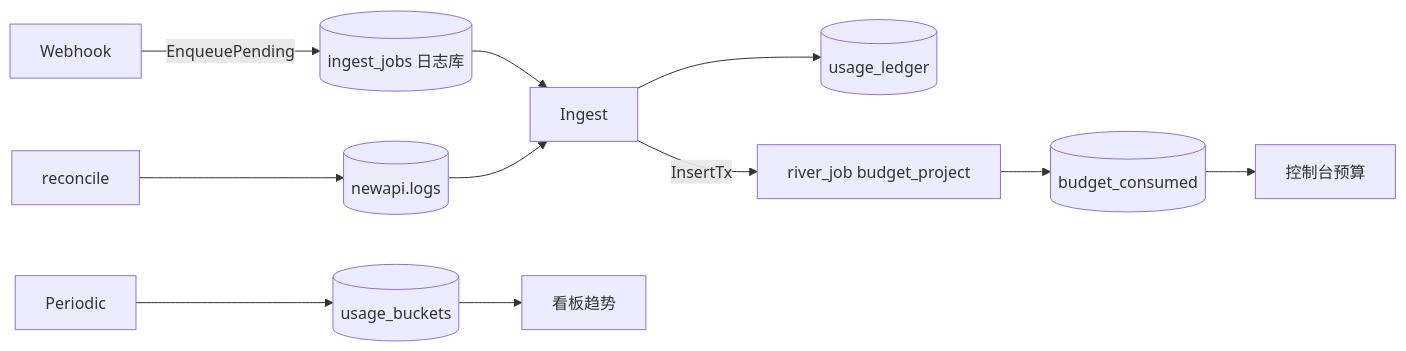
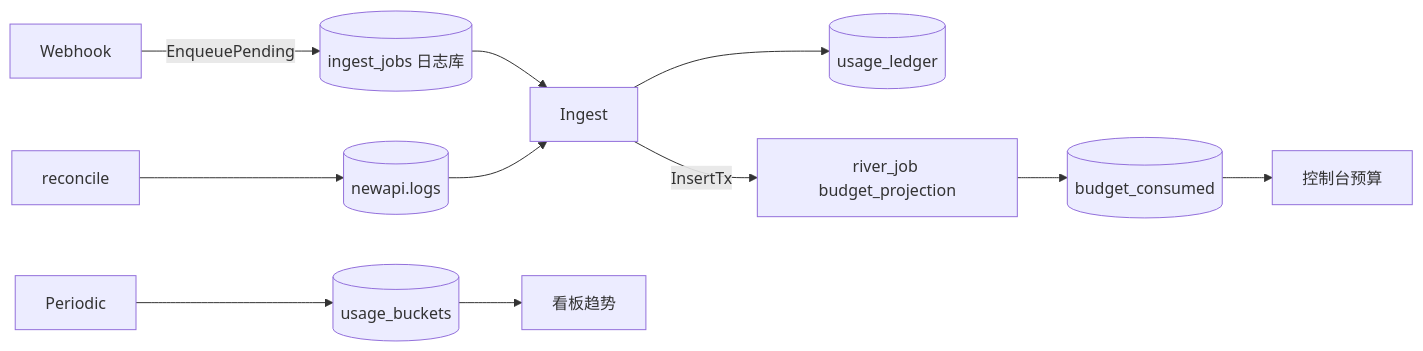
Before and after one commit to quyip8818/mytokenjoy: the sixth of 7 diagrams in docs/Backend-存储架构.md, drawn with Mermaid. The commit also changed other lines of this file and 175 other files, not shown here.

````diff
--- a/docs/Backend-存储架构.md
+++ b/docs/Backend-存储架构.md
@@ -170,12 +170,12 @@
 ```mermaid
 flowchart LR
   WH[Webhook] -->|EnqueuePending| Q[(ingest_jobs 日志库)]
   Q --> ING[Ingest]
   RC[reconcile] --> NLG[(newapi.logs)] --> ING
   ING --> UL[(usage_ledger)]
-  ING -->|InsertTx| RJ[river_job budget_project]
+  ING -->|InsertTx| RJ[river_job budget_projection]
   RJ --> BC[(budget_consumed)]
   PER[Periodic] --> UB[(usage_buckets)]
   BC --> DASH[控制台预算]
   UB --> DASH2[看板趋势]
 ```
````
